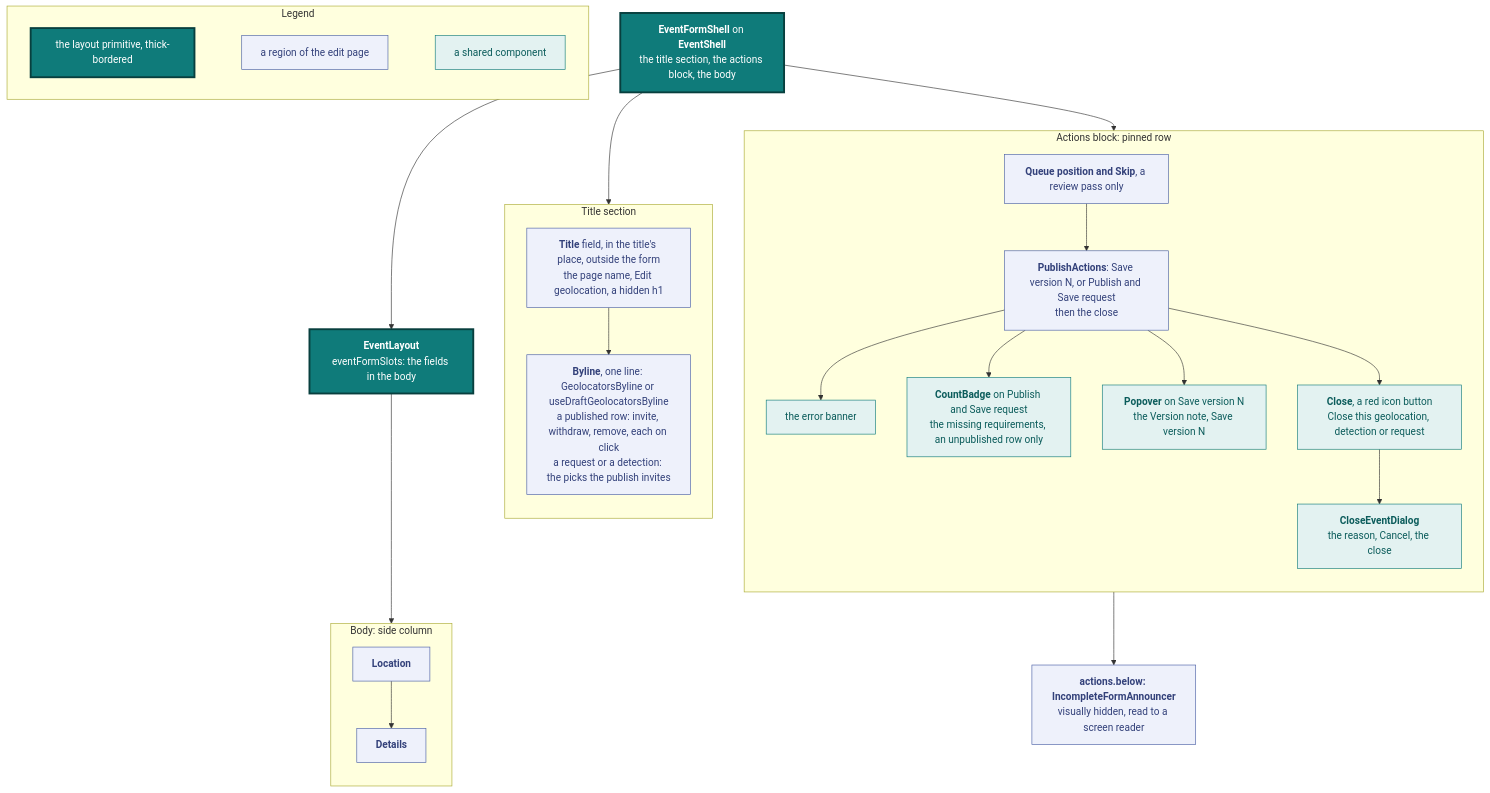
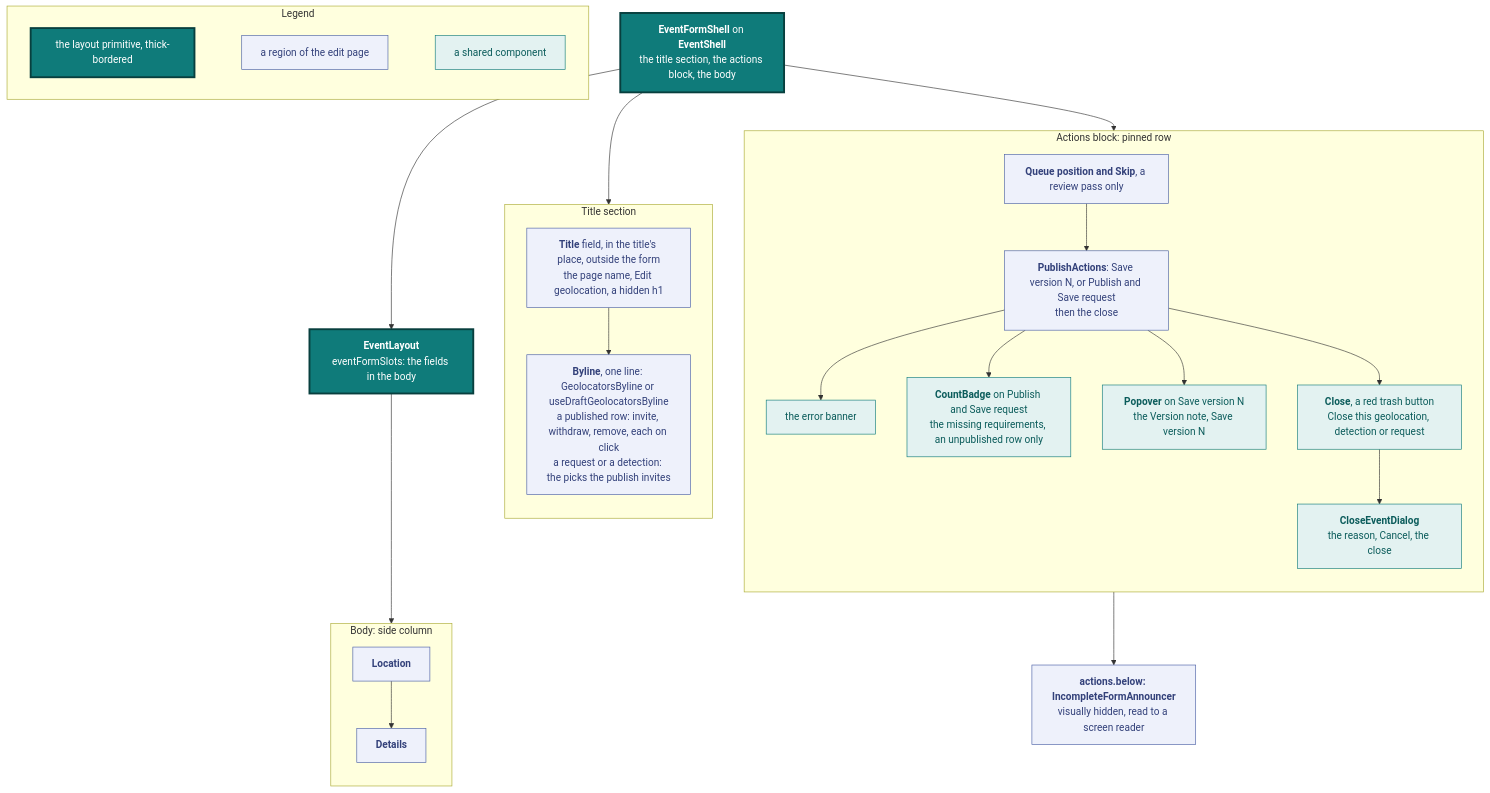
Diagram 11 of 16 in docs/design.md (vidithq/vidit), drawn with Mermaid before and after one commit. The commit also changed other lines of this file and 1 other file, not shown here.

````diff
--- a/docs/design.md
+++ b/docs/design.md
@@ -1046,63 +1046,63 @@
 ```mermaid
 flowchart TB
   classDef spec fill:#eef1fb,stroke:#4a5fa5,color:#33417a
   classDef shared fill:#e3f2f1,stroke:#0f7b7a,color:#0b5c5b
   classDef core fill:#0f7b7a,stroke:#083f3e,stroke-width:3px,color:#ffffff
 
   subgraph legend [Legend]
     direction LR
     l1["`the layout primitive, thick-bordered`"]:::core
     l2["`a region of the edit page`"]:::spec
     l3["`a shared component`"]:::shared
     l1 ~~~ l2 ~~~ l3
   end
 
   shell["`**EventFormShell** on **EventShell**
   the title section, the actions block, the body`"]:::core
   layout["`**EventLayout**
   eventFormSlots: the fields in the body`"]:::core
 
   subgraph titlesection [Title section]
     direction TB
     title["`**Title** field, in the title's place, outside the form
     the page name, Edit geolocation, a hidden h1`"]:::spec
     byline["`**Byline**, one line: GeolocatorsByline or useDraftGeolocatorsByline
     a published row: invite, withdraw, remove, each on click
     a request or a detection: the picks the publish invites`"]:::spec
     title --> byline
   end
 
   subgraph rail [Actions block: pinned row]
     direction TB
     queue["`**Queue position and Skip**, a review pass only`"]:::spec
     actions["`**PublishActions**: Save version N, or Publish and Save request
     then the close`"]:::spec
     count["`**CountBadge** on Publish and Save request
     the missing requirements, an unpublished row only`"]:::shared
     banner["`the error banner`"]:::shared
     popover["`**Popover** on Save version N
     the Version note, Save version N`"]:::shared
-    close["`**Close**, a red icon button
+    close["`**Close**, a red trash button
     Close this geolocation, detection or request`"]:::shared
     dialog["`**CloseEventDialog**
     the reason, Cancel, the close`"]:::shared
     queue --> actions --> banner
     actions --> count
     actions --> popover
     actions --> close --> dialog
   end
 
   note["`**actions.below: IncompleteFormAnnouncer**
   visually hidden, read to a screen reader`"]:::spec
 
   subgraph side [Body: side column]
     direction TB
     location["`**Location**`"]:::spec
     details["`**Details**`"]:::spec
     location --> details
   end
 
   shell --> titlesection
   shell --> rail --> note
   shell --> layout --> side
 ```
````
